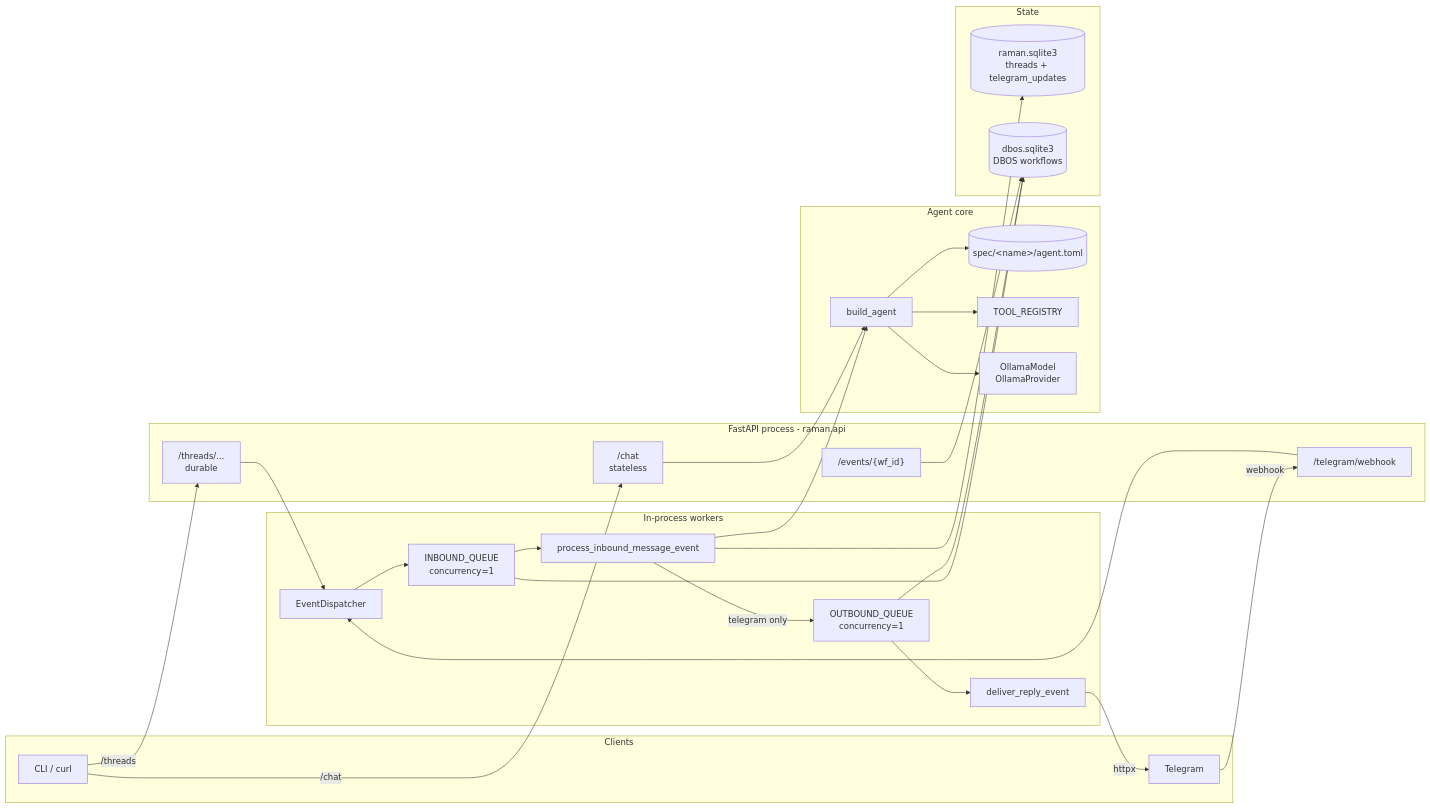
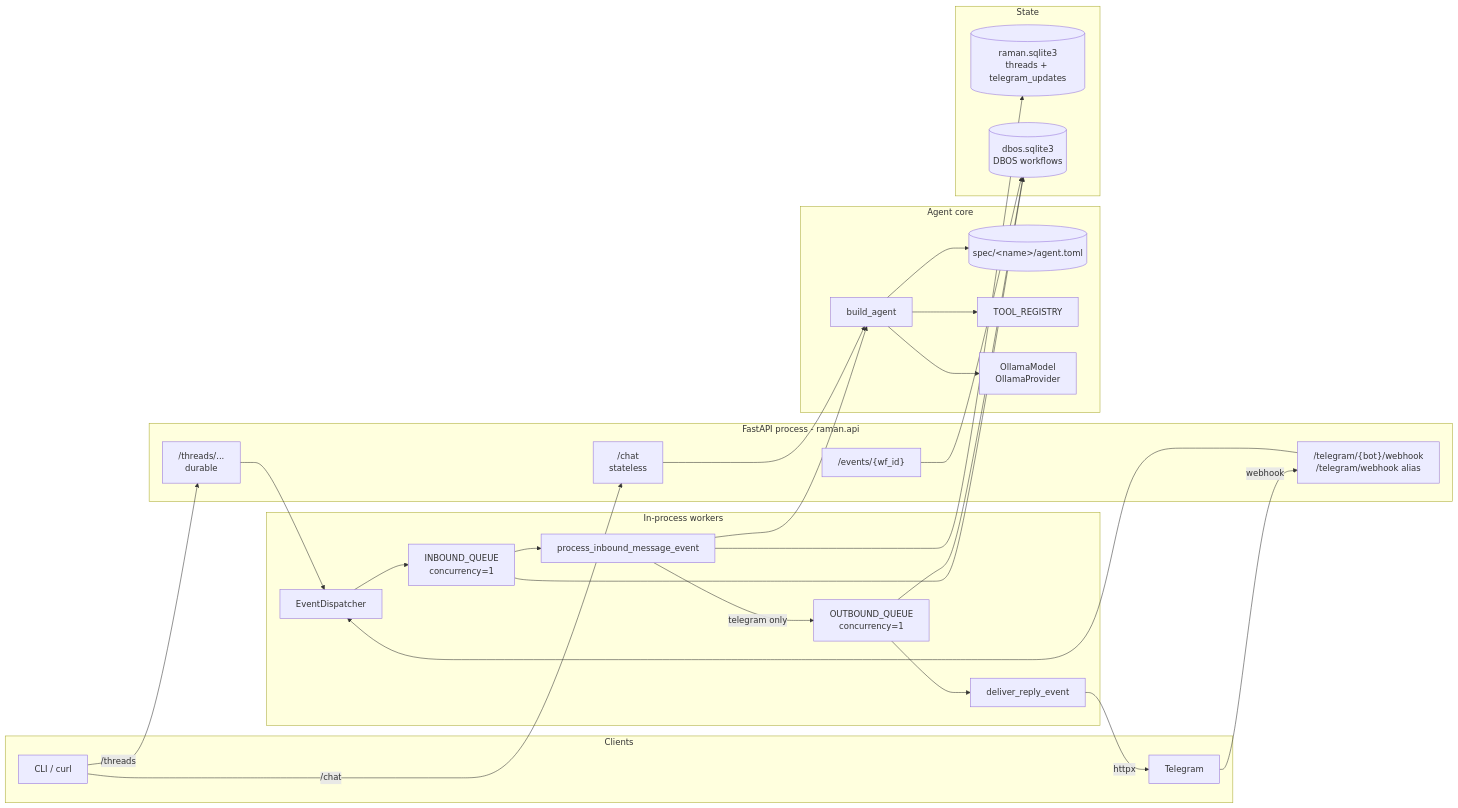
One commit to raniendu/platform changed the first of 5 diagrams in apps/raman/docs/current_architecture.md. Above: the diagram before and after it, drawn with Mermaid. The commit also changed other lines of this file and 26 other files, not shown here.

Commit message:
Add Raman multi-bot Telegram support

````diff
--- a/apps/raman/docs/current_architecture.md
+++ b/apps/raman/docs/current_architecture.md
@@ -28,54 +28,54 @@
 ```mermaid
 flowchart LR
     subgraph clients[Clients]
         cli[CLI / curl]
         tg[Telegram]
     end
 
     subgraph app[FastAPI process - raman.api]
         chat["/chat<br/>stateless"]
         thread["/threads/...<br/>durable"]
         events["/events/{wf_id}"]
-        wh["/telegram/webhook"]
+        wh["/telegram/{bot}/webhook<br/>/telegram/webhook alias"]
     end
 
     subgraph runtime[In-process workers]
         dispatch[EventDispatcher]
         inq["INBOUND_QUEUE<br/>concurrency=1"]
         outq["OUTBOUND_QUEUE<br/>concurrency=1"]
         proc[process_inbound_message_event]
         deliver[deliver_reply_event]
     end
 
     subgraph core[Agent core]
         factory[build_agent]
         spec[("spec/&lt;name&gt;/agent.toml")]
         tools[TOOL_REGISTRY]
         model["OllamaModel<br/>OllamaProvider"]
     end
 
     subgraph stores[State]
         appdb[("raman.sqlite3<br/>threads + telegram_updates")]
         dbosdb[("dbos.sqlite3<br/>DBOS workflows")]
     end
 
     cli -->|/chat| chat
     cli -->|/threads| thread
     tg -->|webhook| wh
     chat --> factory
     thread --> dispatch
     wh --> dispatch
     dispatch --> inq
     inq --> proc
     proc --> factory
     proc -->|telegram only| outq
     outq --> deliver
     deliver -->|httpx| tg
     factory --> spec
     factory --> tools
     factory --> model
     proc --> appdb
     inq --> dbosdb
     outq --> dbosdb
     events --> dbosdb
 ```
````
